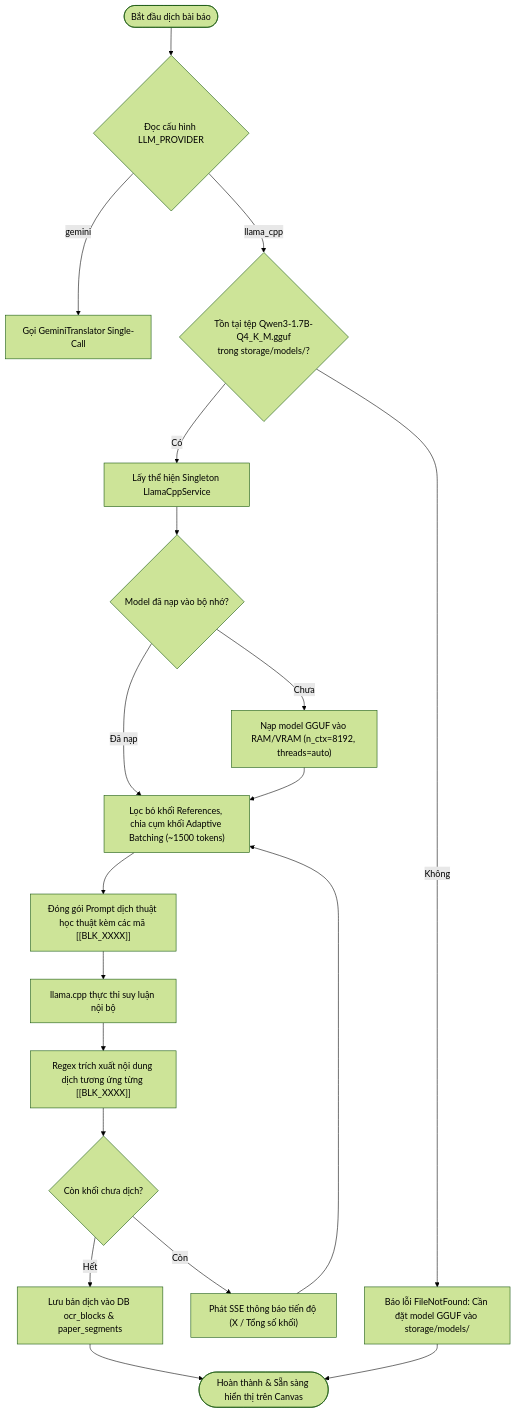
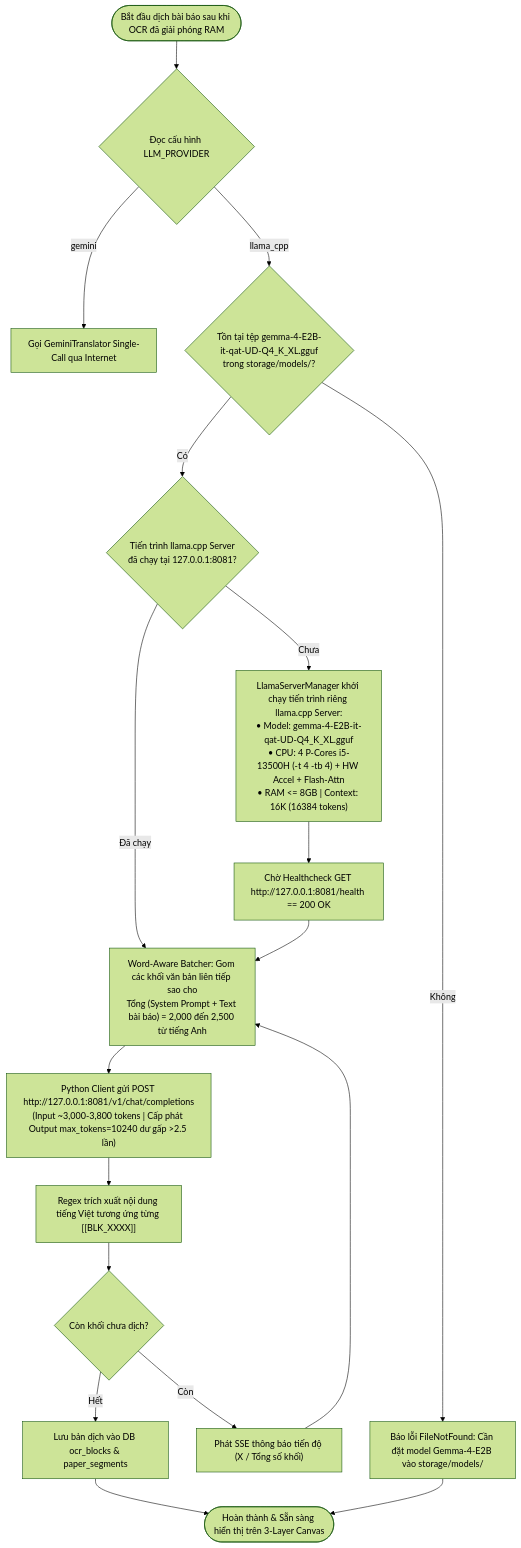
Before and after one commit to phamvantienkiz/paper-translation: the second of 2 diagrams in docs/implementation/release-1/features/local-llm-service-prd.md, drawn with Mermaid (forest theme). The commit also changed other lines of this file and 26 other files, not shown here.

Commit message:
feat(llm): implement standalone llama.cpp server v3.3 and verify e2e cvpr pipeline

````diff
--- a/docs/implementation/release-1/features/local-llm-service-prd.md
+++ b/docs/implementation/release-1/features/local-llm-service-prd.md
@@ -95,24 +99,23 @@
 ```mermaid
 flowchart TD
-    Start([Bắt đầu dịch bài báo]) --> ReadConfig{Đọc cấu hình LLM_PROVIDER}
-    ReadConfig -- "gemini" --> CloudFlow["Gọi GeminiTranslator Single-Call"]
-    ReadConfig -- "llama_cpp" --> CheckFile{Tồn tại tệp Qwen3-1.7B-Q4_K_M.gguf<br>trong storage/models/?}
+    Start([Bắt đầu dịch bài báo sau khi OCR đã giải phóng RAM]) --> ReadConfig{Đọc cấu hình LLM_PROVIDER}
+    ReadConfig -- "gemini" --> CloudFlow["Gọi GeminiTranslator Single-Call qua Internet"]
+    ReadConfig -- "llama_cpp" --> CheckFile{Tồn tại tệp gemma-4-E2B-it-qat-UD-Q4_K_XL.gguf<br>trong storage/models/?}
     
-    CheckFile -- Không --> ThrowError["Báo lỗi FileNotFound: Cần đặt model GGUF vào storage/models/"]
-    CheckFile -- Có --> GetInstance["Lấy thể hiện Singleton LlamaCppService"]
+    CheckFile -- Không --> ThrowError["Báo lỗi FileNotFound: Cần đặt model Gemma-4-E2B vào storage/models/"]
+    CheckFile -- Có --> CheckServer{Tiến trình llama.cpp Server<br>đã chạy tại 127.0.0.1:8081?}
     
-    GetInstance --> CheckLoaded{Model đã nạp vào bộ nhớ?}
-    CheckLoaded -- Chưa --> LoadModel["Nạp model GGUF vào RAM/VRAM (n_ctx=8192, threads=auto)"]
-    CheckLoaded -- Đã nạp --> PrepareBatch["Lọc bỏ khối References, chia cụm khối Adaptive Batching (~1500 tokens)"]
-    LoadModel --> PrepareBatch
+    CheckServer -- Chưa --> SpawnServer["LlamaServerManager khởi chạy tiến trình riêng llama.cpp Server:<br>• Model: gemma-4-E2B-it-qat-UD-Q4_K_XL.gguf<br>• CPU: 4 P-Cores i5-13500H (-t 4 -tb 4) + HW Accel + Flash-Attn<br>• RAM <= 8GB | Context: 16K (16384 tokens)"]
+    SpawnServer --> WaitHealth["Chờ Healthcheck GET http://127.0.0.1:8081/health == 200 OK"]
+    CheckServer -- Đã chạy --> PrepareWordBatch
+    WaitHealth --> PrepareWordBatch["Word-Aware Batcher: Gom các khối văn bản liên tiếp sao cho<br>Tổng (System Prompt + Text bài báo) = 2,000 đến 2,500 từ tiếng Anh"]
     
-    PrepareBatch --> PackPrompt["Đóng gói Prompt dịch thuật học thuật kèm các mã [[BLK_XXXX]]"]
-    PackPrompt --> Infer["llama.cpp thực thi suy luận nội bộ"]
-    Infer --> ParseResult["Regex trích xuất nội dung dịch tương ứng từng [[BLK_XXXX]]"]
+    PrepareWordBatch --> CallInternalAPI["Python Client gửi POST http://127.0.0.1:8081/v1/chat/completions<br>(Input ~3,000-3,800 tokens | Cấp phát Output max_tokens=10240 dư gấp >2.5 lần)"]
+    CallInternalAPI --> ParseResult["Regex trích xuất nội dung tiếng Việt tương ứng từng [[BLK_XXXX]]"]
     
     ParseResult --> CheckRemaining{Còn khối chưa dịch?}
-    CheckRemaining -- Còn --> EmitProgress["Phát SSE thông báo tiến độ (X / Tổng số khối)"] --> PrepareBatch
+    CheckRemaining -- Còn --> EmitProgress["Phát SSE thông báo tiến độ (X / Tổng số khối)"] --> PrepareWordBatch
     CheckRemaining -- Hết --> SyncDB["Lưu bản dịch vào DB ocr_blocks & paper_segments"]
-    SyncDB --> Complete([Hoàn thành & Sẵn sàng hiển thị trên Canvas])
+    SyncDB --> Complete([Hoàn thành & Sẵn sàng hiển thị trên 3-Layer Canvas])
     ThrowError --> Complete
 ```
````
